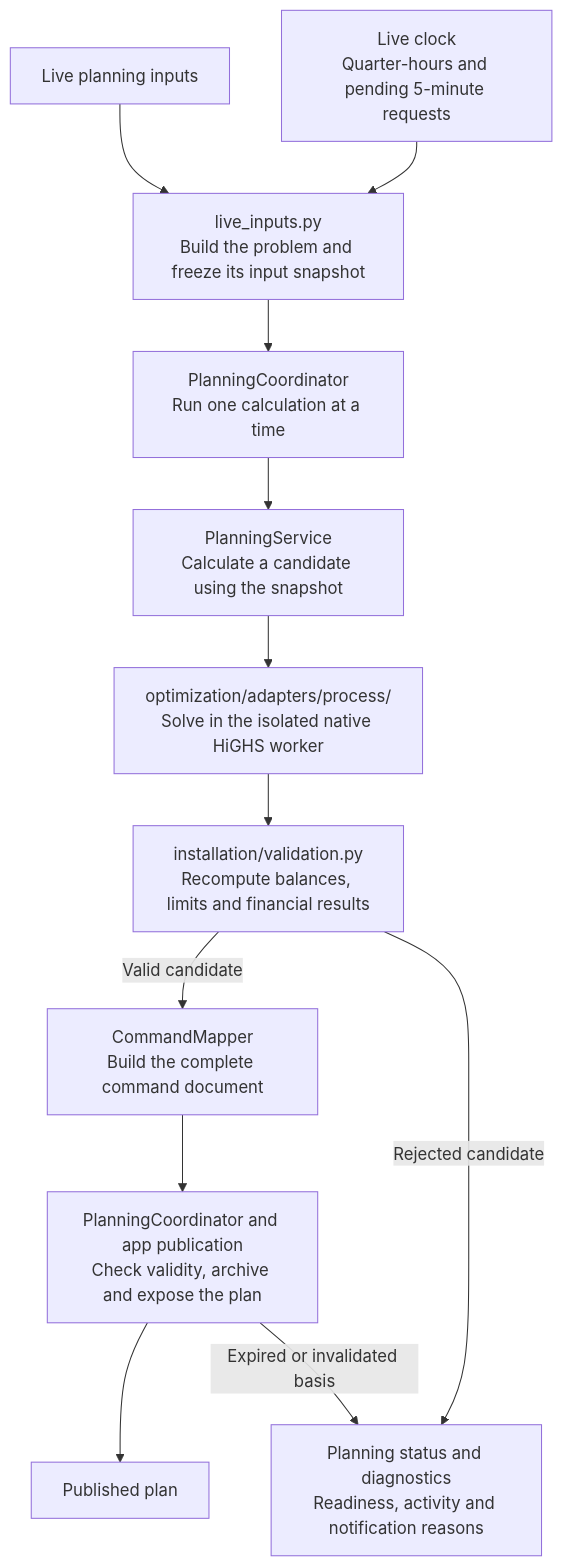
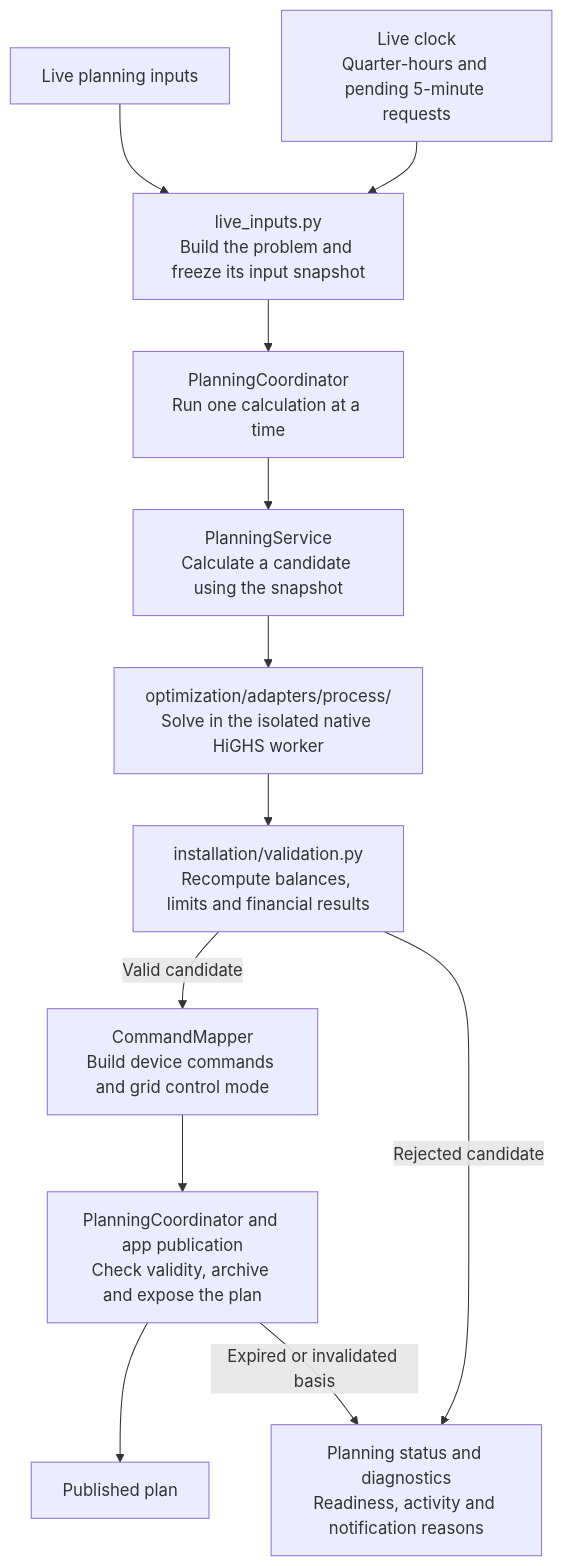
Before and after one commit to patrickvorgers/open-energy-planner: the sixth of 8 diagrams in docs/development/ARCHITECTURE-OVERVIEW.md, drawn with Mermaid. The commit also changed other lines of this file and 32 other files, not shown here.

````diff
--- a/docs/development/ARCHITECTURE-OVERVIEW.md
+++ b/docs/development/ARCHITECTURE-OVERVIEW.md
@@ -186,16 +186,16 @@
 ```mermaid
 flowchart TD
     accTitle: Planning round, independent validation and publication
     accDescr: Live inputs produce a coherent snapshot. A coordinator serializes planning rounds, a worker solves the problem, and independent validation and publication checks guard the plan.
     LIVE["Live planning inputs"] --> SNAPSHOT["live_inputs.py<br/>Build the problem and freeze its input snapshot"]
     CLOCK["Live clock<br/>Quarter-hours and pending 5-minute requests"] --> SNAPSHOT
     SNAPSHOT --> QUEUE["PlanningCoordinator<br/>Run one calculation at a time"]
     QUEUE --> SERVICE["PlanningService<br/>Calculate a candidate using the snapshot"]
     SERVICE --> SOLVE["optimization/adapters/process/<br/>Solve in the isolated native HiGHS worker"]
     SOLVE --> CHECK["installation/validation.py<br/>Recompute balances, limits and financial results"]
-    CHECK -->|Valid candidate| MAP["CommandMapper<br/>Build the complete command document"]
+    CHECK -->|Valid candidate| MAP["CommandMapper<br/>Build device commands and grid control mode"]
     MAP --> PUBLISH["PlanningCoordinator and app publication<br/>Check validity, archive and expose the plan"]
     PUBLISH --> PLAN["Published plan"]
     CHECK -->|Rejected candidate| STATUS["Planning status and diagnostics<br/>Readiness, activity and notification reasons"]
     PUBLISH -->|Expired or invalidated basis| STATUS
 ```
````
